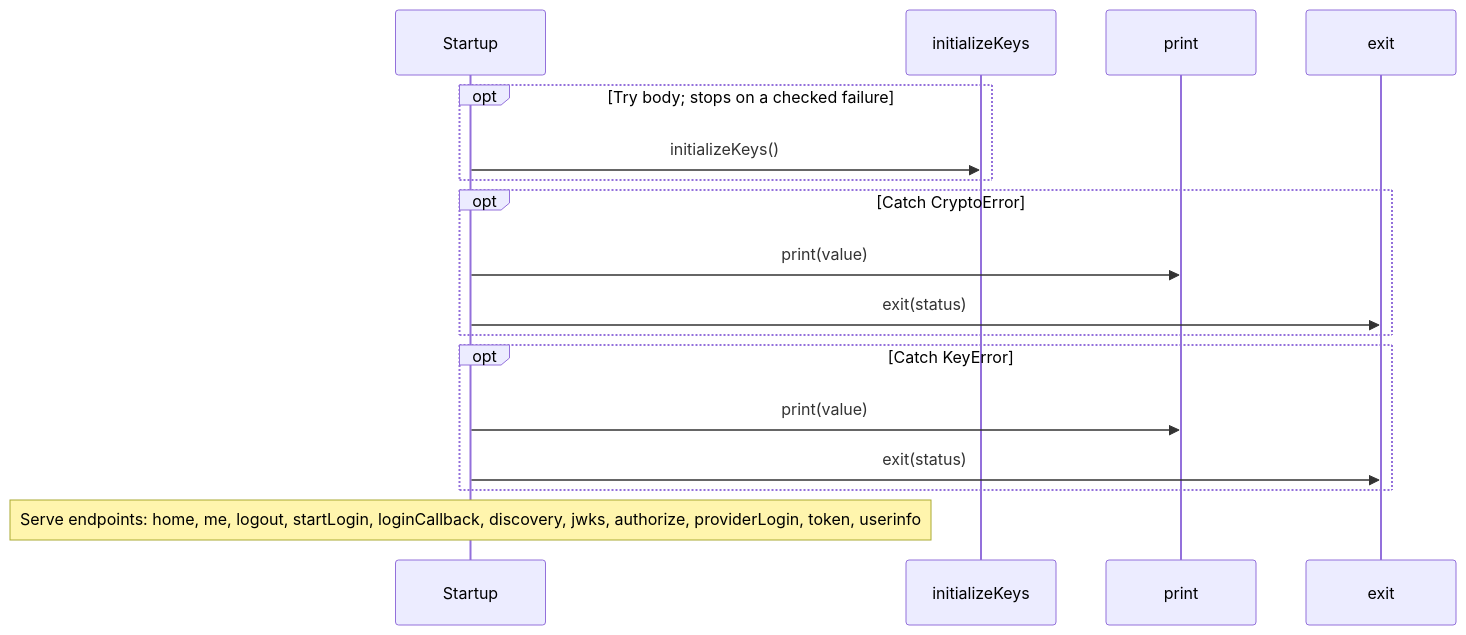
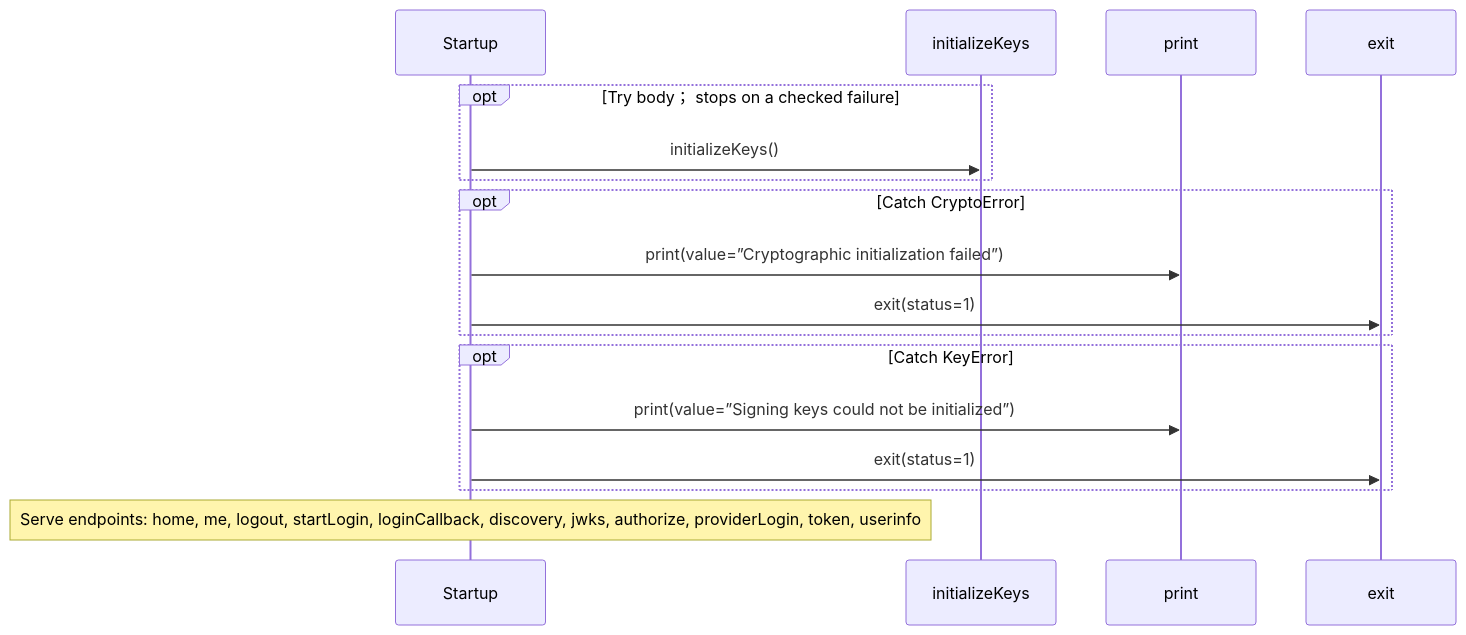
One commit to GreenPandaStudios/augscript changed the second of 2 diagrams in docs/examples/oidc-login/main-diagrams.md. Above: the diagram before and after it, drawn with Mermaid. The commit also changed other lines of this file and 524 other files, not shown here.

Commit message:
Explain checked data flow at folder and service levels

````diff
--- a/docs/examples/oidc-login/main-diagrams.md
+++ b/docs/examples/oidc-login/main-diagrams.md
@@ -40,19 +39,19 @@
 ```mermaid
 sequenceDiagram
     participant p0 as Startup
     participant p1 as initializeKeys
     participant p2 as print
     participant p3 as exit
-    opt Try body#59; stops on a checked failure
+    opt Try body； stops on a checked failure
     p0->>p1: initializeKeys()
     end
     opt Catch CryptoError
-    p0->>p2: print(value)
-    p0->>p3: exit(status)
+    p0->>p2: print(value=”Cryptographic initialization failed”)
+    p0->>p3: exit(status=1)
     end
     opt Catch KeyError
-    p0->>p2: print(value)
-    p0->>p3: exit(status)
+    p0->>p2: print(value=”Signing keys could not be initialized”)
+    p0->>p3: exit(status=1)
     end
     Note over p0: Serve endpoints: home, me, logout, startLogin, loginCallback, discovery, jwks, authorize, providerLogin, token, userinfo
 ```
````
